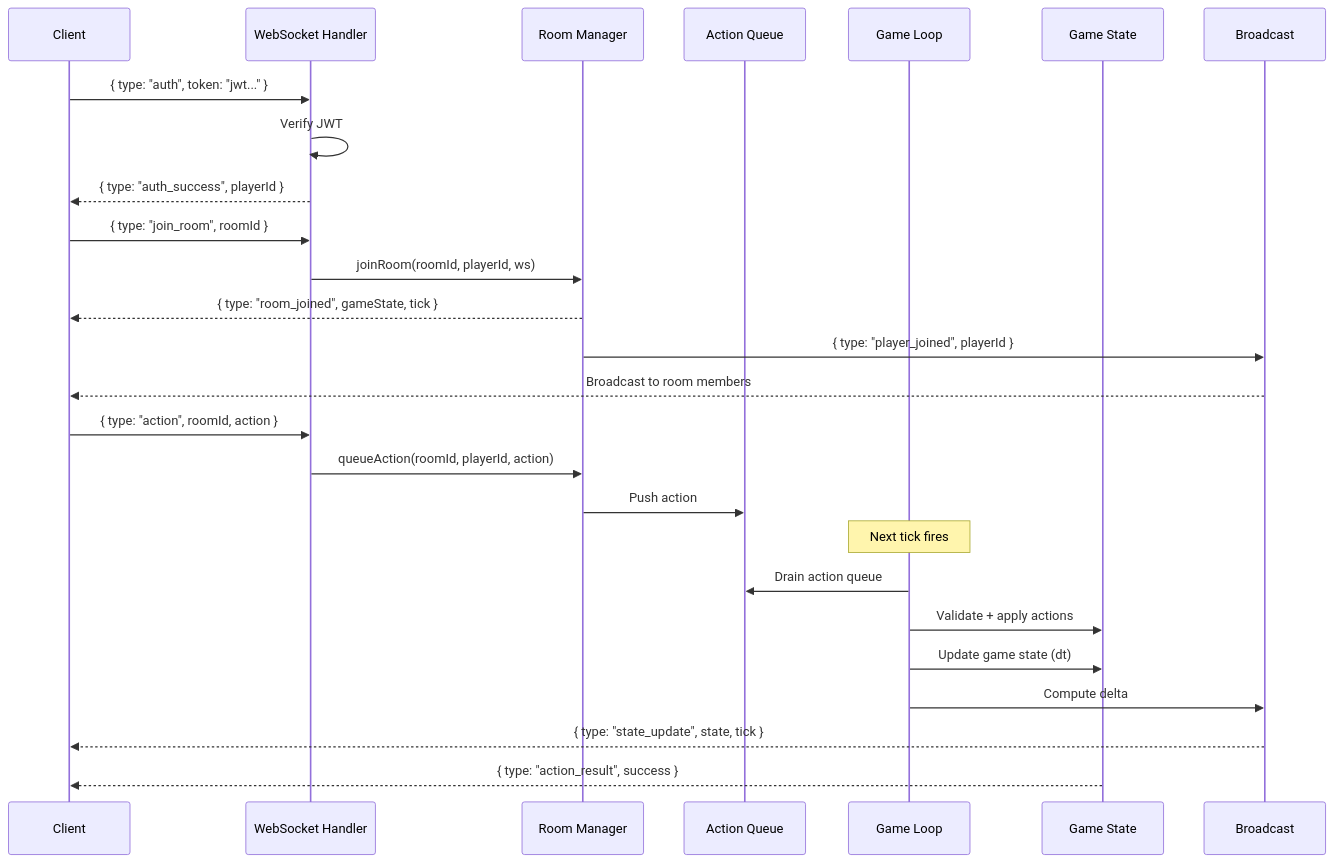
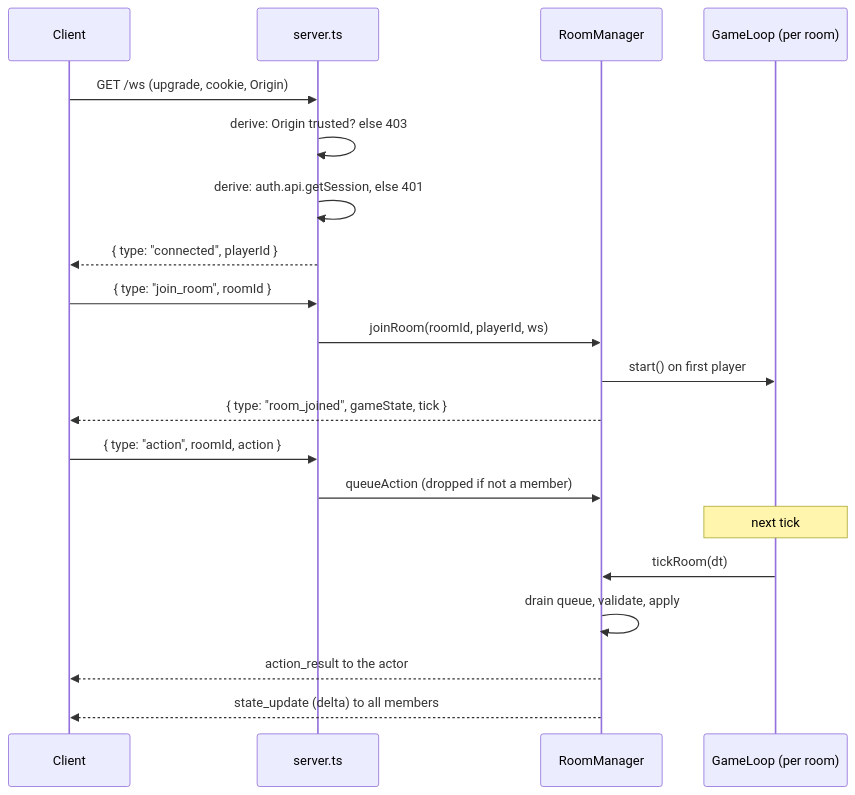
Before and after one commit to fcsouza/agent-skills: the first of 2 diagrams in skills/game-backend-architecture/ARCHITECTURE.md, drawn with Mermaid. The commit also changed other lines of this file and 8 other files, not shown here.

First line of the commit message:
game-backend-architecture: verified sources, trimmed body, current APIs

````diff
--- a/skills/game-backend-architecture/ARCHITECTURE.md
+++ b/skills/game-backend-architecture/ARCHITECTURE.md
@@ -44,32 +7,26 @@
 ```mermaid
 sequenceDiagram
     participant C as Client
-    participant WS as WebSocket Handler
-    participant RM as Room Manager
-    participant AQ as Action Queue
-    participant GL as Game Loop
-    participant GS as Game State
-    participant BC as Broadcast
+    participant S as server.ts
+    participant RM as RoomManager
+    participant GL as GameLoop (per room)
 
-    C->>WS: { type: "auth", token: "jwt..." }
-    WS->>WS: Verify JWT
-    WS-->>C: { type: "auth_success", playerId }
+    C->>S: GET /ws (upgrade, cookie, Origin)
+    S->>S: derive: Origin trusted? else 403
+    S->>S: derive: auth.api.getSession, else 401
+    S-->>C: { type: "connected", playerId }
 
-    C->>WS: { type: "join_room", roomId }
-    WS->>RM: joinRoom(roomId, playerId, ws)
+    C->>S: { type: "join_room", roomId }
+    S->>RM: joinRoom(roomId, playerId, ws)
+    RM->>GL: start() on first player
     RM-->>C: { type: "room_joined", gameState, tick }
-    RM->>BC: { type: "player_joined", playerId }
-    BC-->>C: Broadcast to room members
 
-    C->>WS: { type: "action", roomId, action }
-    WS->>RM: queueAction(roomId, playerId, action)
-    RM->>AQ: Push action
+    C->>S: { type: "action", roomId, action }
+    S->>RM: queueAction (dropped if not a member)
 
-    Note over GL: Next tick fires
-    GL->>AQ: Drain action queue
-    GL->>GS: Validate + apply actions
-    GL->>GS: Update game state (dt)
-    GL->>BC: Compute delta
-    BC-->>C: { type: "state_update", state, tick }
-    GS-->>C: { type: "action_result", success }
+    Note over GL: next tick
+    GL->>RM: tickRoom(dt)
+    RM->>RM: drain queue, validate, apply
+    RM-->>C: action_result to the actor
+    RM-->>C: state_update (delta) to all members
 ```
````
